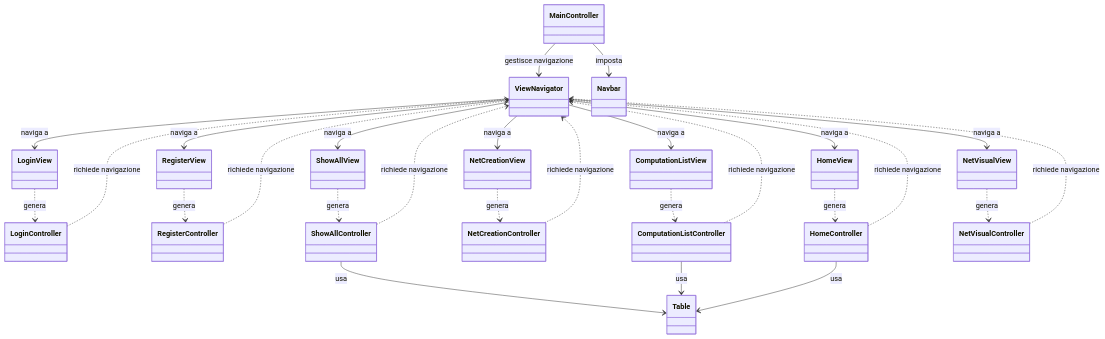
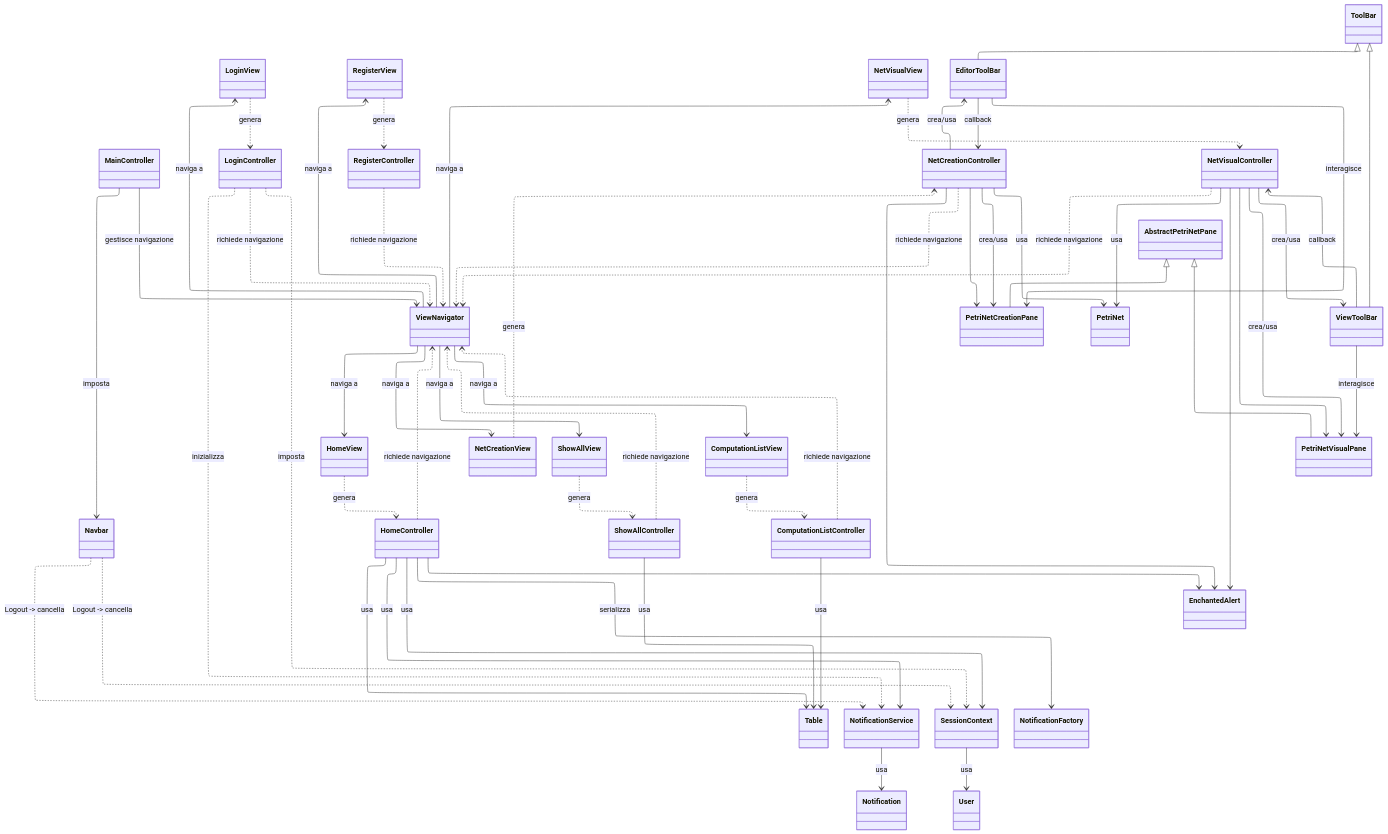
Before and after one commit to alessio-vivaldelli/PetriHub: the diagram in docs/controlView(Prova).mmd, drawn with Mermaid. The commit also changed 10 other files, not shown here.

```diff
--- a/docs/controlView(Prova).mmd
+++ b/docs/controlView(Prova).mmd
@@ -1,69 +1,101 @@
+---
+config:
+  layout: elk
+---
 classDiagram
     direction TB
-
-%% Componenti Principali
     class MainController
     class ViewNavigator
     class Navbar
     class Table
-
     class LoginView
     class LoginController
     class RegisterView
     class RegisterController
-
     class HomeView
     class HomeController
     class NetCreationView
     class NetCreationController
     class ShowAllView
     class ShowAllController
     class ComputationListView
     class ComputationListController
     class NetVisualView
     class NetVisualController
+    class NotificationService
+    class SessionContext
+    class PetriNetVisualPane
+    class PetriNetCreationPane
+    class Notification
+    class User
+    class PetriNet
+    class EnchantedAlert
+    class NotificationFactory
+    class ToolBar
+    class EditorToolBar
+    class ViewToolBar
+    class AbstractPetriNetPane
 
-%% Relazioni
-
-%% Flusso Principale
     MainController --> ViewNavigator : gestisce navigazione
     MainController --> Navbar : imposta
-
-%% Navigazione (ViewNavigator è il perno)
     ViewNavigator --> LoginView : naviga a
     ViewNavigator --> HomeView : naviga a
     ViewNavigator --> RegisterView : naviga a
     ViewNavigator --> NetCreationView : naviga a
     ViewNavigator --> ShowAllView : naviga a
     ViewNavigator --> ComputationListView : naviga a
     ViewNavigator --> NetVisualView : naviga a
 
-%% Autenticazione
     LoginView ..> LoginController : genera
     LoginController ..> ViewNavigator : richiede navigazione
-
     RegisterView ..> RegisterController : genera
     RegisterController ..> ViewNavigator : richiede navigazione
-
-%% Navigazione Home
     HomeView ..> HomeController : genera
     HomeController ..> ViewNavigator : richiede navigazione
-
-%% Creazione Contenuti
     NetCreationView ..> NetCreationController : genera
     NetCreationController ..> ViewNavigator : richiede navigazione
-
     ShowAllView ..> ShowAllController : genera
     ShowAllController ..> ViewNavigator : richiede navigazione
-
     ComputationListView ..> ComputationListController : genera
     ComputationListController ..> ViewNavigator : richiede navigazione
+    NetVisualView ..> NetVisualController : genera
+    NetVisualController ..> ViewNavigator : richiede navigazione
 
-%% Utilizzo di Componenti Generici (Table)
     ShowAllController --> Table : usa
     ComputationListController --> Table : usa
     HomeController --> Table : usa
+    NetVisualController --> PetriNetVisualPane
+    NetCreationController --> PetriNetCreationPane
 
-%% Visualizzazione
-    NetVisualView ..> NetVisualController : genera
-    NetVisualController ..> ViewNavigator : richiede navigazione
+    LoginController ..> NotificationService : inizializza
+    LoginController ..> SessionContext : imposta
+    Navbar ..> NotificationService : Logout -> cancella
+    Navbar ..> SessionContext : Logout -> cancella
+    HomeController --> SessionContext : usa
+    HomeController --> NotificationService : usa
+    NetCreationController --> PetriNet : usa
+    NetVisualController --> PetriNet : usa
+    HomeController --> NotificationFactory : serializza
+    SessionContext --> User : usa
+    HomeController --> EnchantedAlert
+    NetCreationController --> EnchantedAlert
+    NetVisualController --> EnchantedAlert
+
+    ToolBar <|-- EditorToolBar
+    ToolBar <|-- ViewToolBar
+
+%% -- NET CREATION CONTROLLER RELATIONS --
+    NetCreationController --> EditorToolBar : crea/usa
+    EditorToolBar --> NetCreationController : callback
+    NetCreationController --> PetriNetCreationPane : crea/usa
+    EditorToolBar --> PetriNetCreationPane : interagisce
+
+%% -- NET VISUAL CONTROLLER RELATIONS --
+    NetVisualController --> ViewToolBar : crea/usa
+    ViewToolBar --> NetVisualController : callback
+    NetVisualController --> PetriNetVisualPane : crea/usa
+    ViewToolBar --> PetriNetVisualPane : interagisce
+
+    NotificationService --> Notification : usa
+    AbstractPetriNetPane <|-- PetriNetCreationPane
+    AbstractPetriNetPane <|-- PetriNetVisualPane
```
